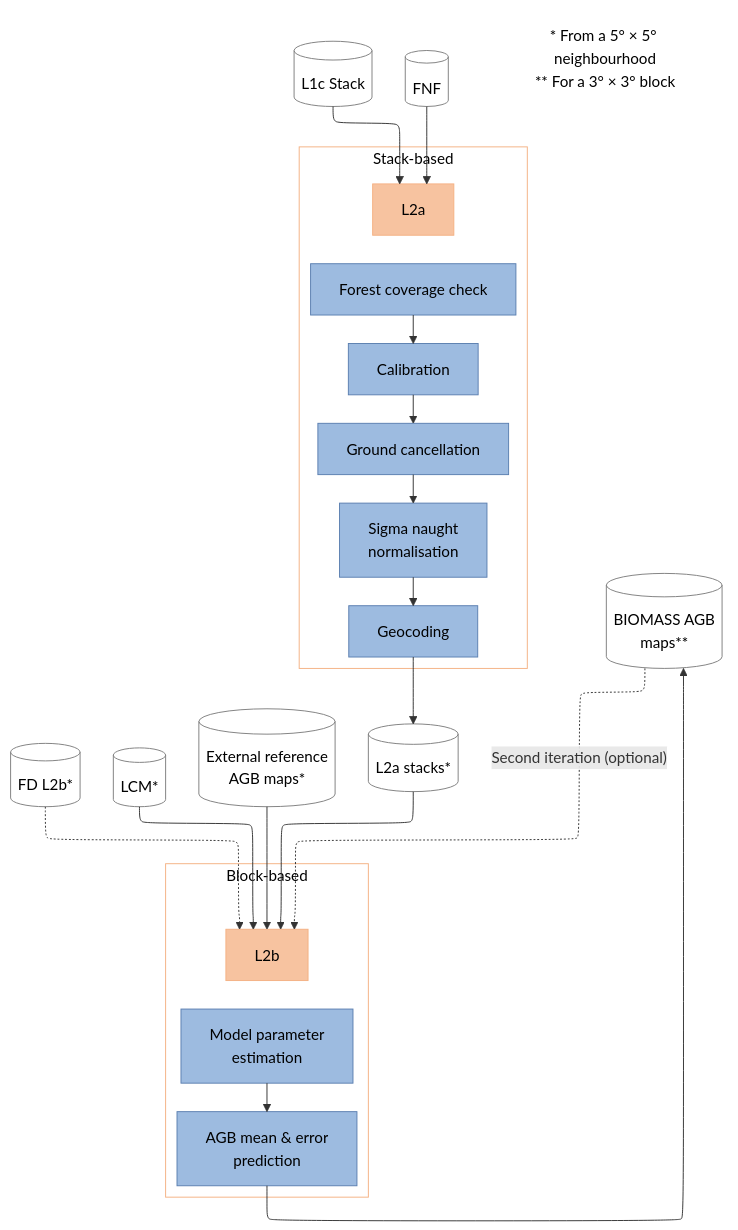
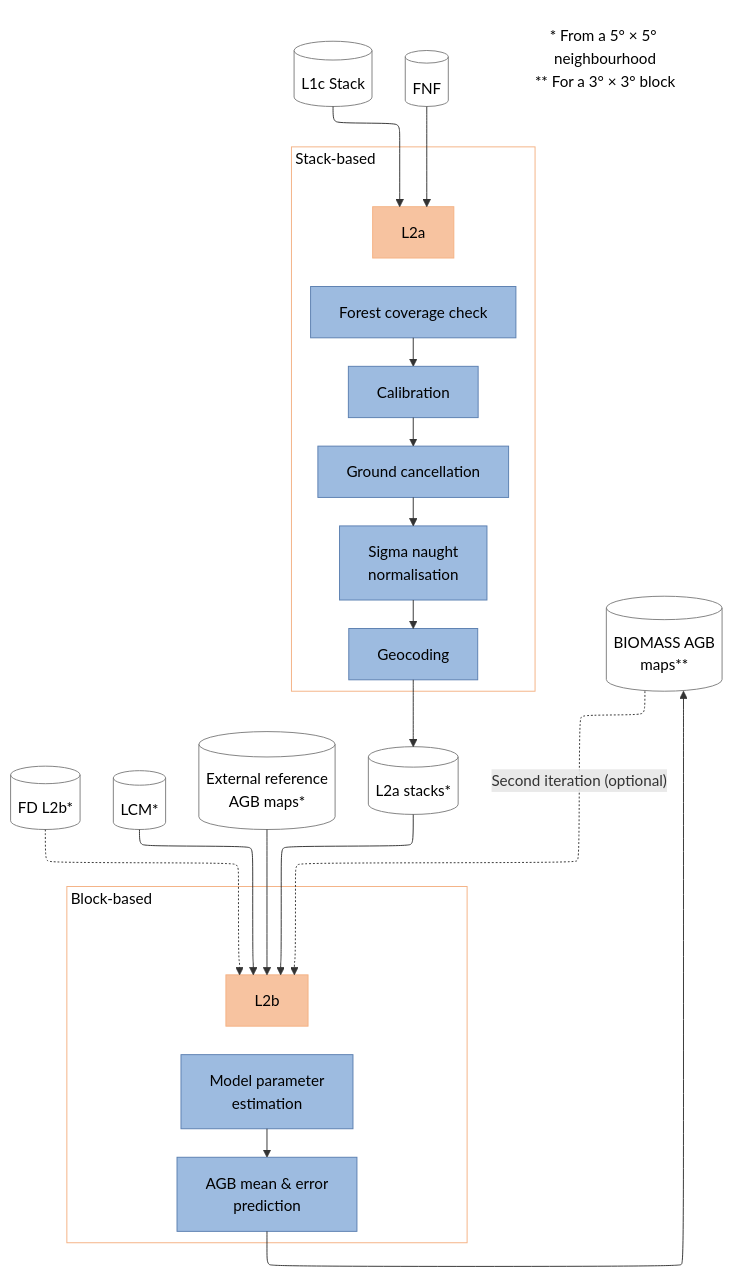
The second of 2 diagrams in docs/science-guide/atbd-l2-agb/02-bps-agb-overview.md (BioPAL/BPS), drawn with Mermaid before and after one commit. The commit also changed 20 other files, not shown here.

````diff
--- a/docs/science-guide/atbd-l2-agb/02-bps-agb-overview.md
+++ b/docs/science-guide/atbd-l2-agb/02-bps-agb-overview.md
@@ -165,57 +165,59 @@
 ```{mermaid}
 %%{init: {"theme": "default", "layout": "elk"}}%%
 flowchart TB
   accTitle: AGB processing detailed workflow. 5°x5° neighbourhood and 3°x3° processing block are shown in Fig.12.
   accDescr: The L1c Stack and FNF feed the stack-based L2a processor, which runs Forest coverage check, Calibration, Ground cancellation, Sigma naught normalisation and Geocoding in sequence and outputs L2a stacks. The L2a stacks, FD L2b, LCM and External reference AGB maps feed the block-based L2b processor, which runs Model parameter estimation and then AGB mean & error prediction, giving BIOMASS AGB maps. The BIOMASS AGB maps feed L2b again as an optional second iteration. FD L2b is shown with a dashed arrow.
 
   %% Colours of the original figure.
   %%   store: data product (white cylinder)
   %%   head:  processor header (orange box)
   %%   step:  processing step (blue box)
   classDef store fill:#ffffff,stroke:#7f7f7f,color:#000000
   classDef head fill:#f7c3a0,stroke:#f4b183,color:#000000
   classDef step fill:#9dbbe0,stroke:#5b7fb0,color:#000000
 
   l1c[("L1c Stack")]:::store
   fnf[("FNF")]:::store
   fd[("FD L2b*")]:::store
   lcm[("LCM*")]:::store
   ext[("External reference<br/>AGB maps*")]:::store
   stacks[("L2a stacks*")]:::store
   agb[("BIOMASS AGB<br/>maps**")]:::store
 
-  subgraph L2A["Stack-based"]
+  %% The &nbsp; after a frame title push the title to the left, out of the way
+  %% of the arrows that enter the frame from the top (Mermaid centres titles).
+  subgraph L2A["Stack-based&nbsp;&nbsp;&nbsp;&nbsp;&nbsp;&nbsp;&nbsp;&nbsp;&nbsp;&nbsp;&nbsp;&nbsp;&nbsp;&nbsp;&nbsp;&nbsp;&nbsp;&nbsp;&nbsp;&nbsp;&nbsp;&nbsp;&nbsp;&nbsp;&nbsp;&nbsp;&nbsp;&nbsp;&nbsp;&nbsp;&nbsp;&nbsp;&nbsp;&nbsp;&nbsp;&nbsp;&nbsp;&nbsp;&nbsp;&nbsp;"]
     l2a["L2a"]:::head
     fcc["Forest coverage check"]:::step
     cal["Calibration"]:::step
     gc["Ground cancellation"]:::step
     sn["Sigma naught<br/>normalisation"]:::step
     geo["Geocoding"]:::step
   end
 
-  subgraph L2B["Block-based"]
+  subgraph L2B["Block-based&nbsp;&nbsp;&nbsp;&nbsp;&nbsp;&nbsp;&nbsp;&nbsp;&nbsp;&nbsp;&nbsp;&nbsp;&nbsp;&nbsp;&nbsp;&nbsp;&nbsp;&nbsp;&nbsp;&nbsp;&nbsp;&nbsp;&nbsp;&nbsp;&nbsp;&nbsp;&nbsp;&nbsp;&nbsp;&nbsp;&nbsp;&nbsp;&nbsp;&nbsp;&nbsp;&nbsp;&nbsp;&nbsp;&nbsp;&nbsp;&nbsp;&nbsp;&nbsp;&nbsp;&nbsp;&nbsp;&nbsp;&nbsp;&nbsp;&nbsp;&nbsp;&nbsp;&nbsp;&nbsp;&nbsp;&nbsp;&nbsp;&nbsp;&nbsp;&nbsp;&nbsp;&nbsp;&nbsp;&nbsp;&nbsp;&nbsp;&nbsp;&nbsp;&nbsp;&nbsp;&nbsp;&nbsp;&nbsp;&nbsp;&nbsp;&nbsp;&nbsp;&nbsp;&nbsp;&nbsp;"]
     l2b["L2b"]:::head
     mpe["Model parameter<br/>estimation"]:::step
     pred["AGB mean & error<br/>prediction"]:::step
   end
 
   note["* From a 5° × 5° neighbourhood<br/>** For a 3° × 3° block"]:::note
   classDef note fill:none,stroke:none,color:#000000
 
   l1c --> l2a
   fnf --> l2a
   l2a ~~~ fcc
   fcc --> cal --> gc --> sn --> geo
   geo --> stacks
   stacks --> l2b
   fd -.-> l2b
   lcm --> l2b
   ext --> l2b
   l2b ~~~ mpe
   mpe --> pred
   pred --> agb
   agb -. "Second iteration (optional)" .-> l2b
 
   style L2A fill:#ffffff,stroke:#f4b183,color:#000000
   style L2B fill:#ffffff,stroke:#f4b183,color:#000000
 ```
````
